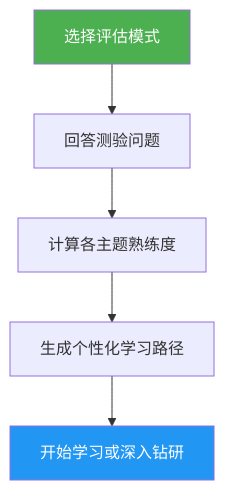
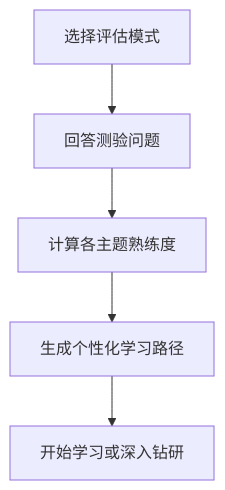
The diagram in claude-howto-zh/.claude/skills/self-assessment/README.md (Rx782-Fss/claude-howto-zh), drawn with Mermaid before and after one commit. The commit also changed 9 other files, not shown here.

Commit message:
fix: 清除 Mermaid style 行(105处)和节点标签数字列表格式(17处)，修复 Obsidian/GitHub 'Unsupported markdown: list' 渲染错误

````diff
--- a/claude-howto-zh/.claude/skills/self-assessment/README.md
+++ b/claude-howto-zh/.claude/skills/self-assessment/README.md
@@ -31,9 +31,7 @@
 ```mermaid
 graph TD
     A["选择评估模式"] --> B["回答测验问题"]
     B --> C["计算各主题熟练度"]
     C --> D["生成个性化学习路径"]
     D --> E["开始学习或深入钻研"]
-    style A fill:#4CAF50,color:#fff
-    style E fill:#2196F3,color:#fff
 ```
````
